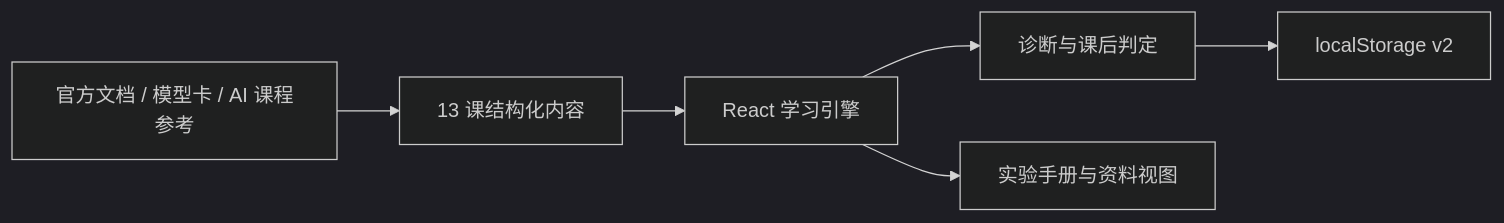
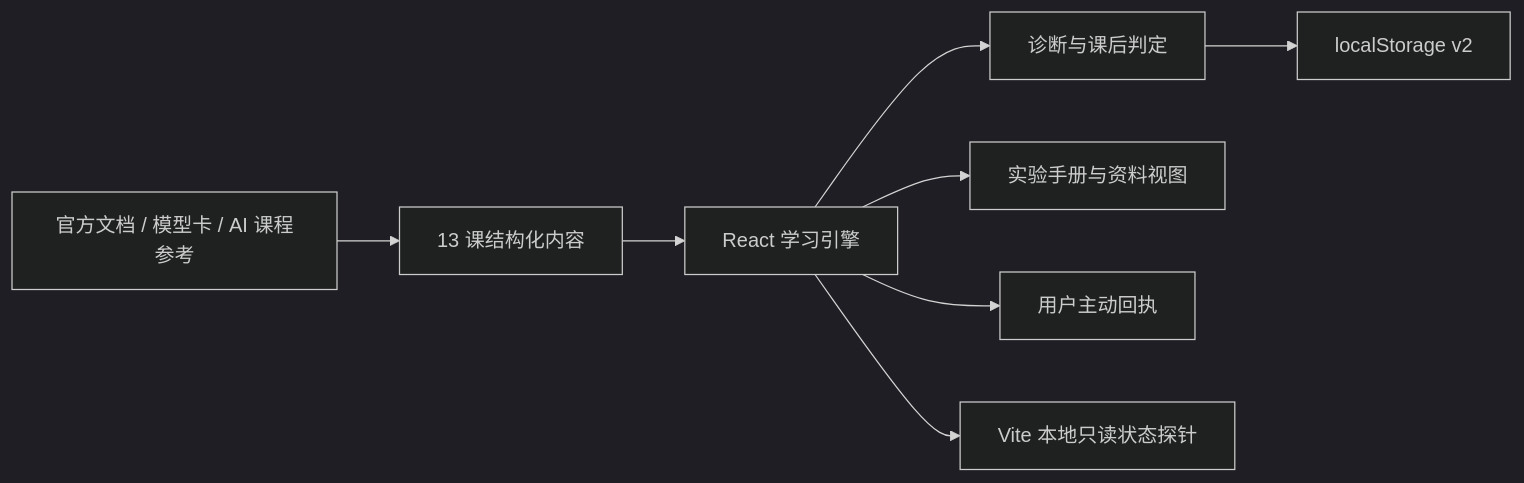
One commit to ChrysFu-FndVent/hermes-learning-lab changed the diagram in DESIGN.md. Above: the diagram before and after it, drawn with Mermaid (dark theme). The commit also changed other lines of this file and 14 other files, not shown here.

````diff
--- a/DESIGN.md
+++ b/DESIGN.md
@@ -53,8 +56,10 @@
 ```mermaid
 flowchart LR
     A[官方文档 / 模型卡 / AI 课程参考] --> B[13 课结构化内容]
     B --> C[React 学习引擎]
     C --> D[诊断与课后判定]
     D --> E[localStorage v2]
     C --> F[实验手册与资料视图]
+    C --> G[用户主动回执]
+    C --> H[Vite 本地只读状态探针]
 ```
````
